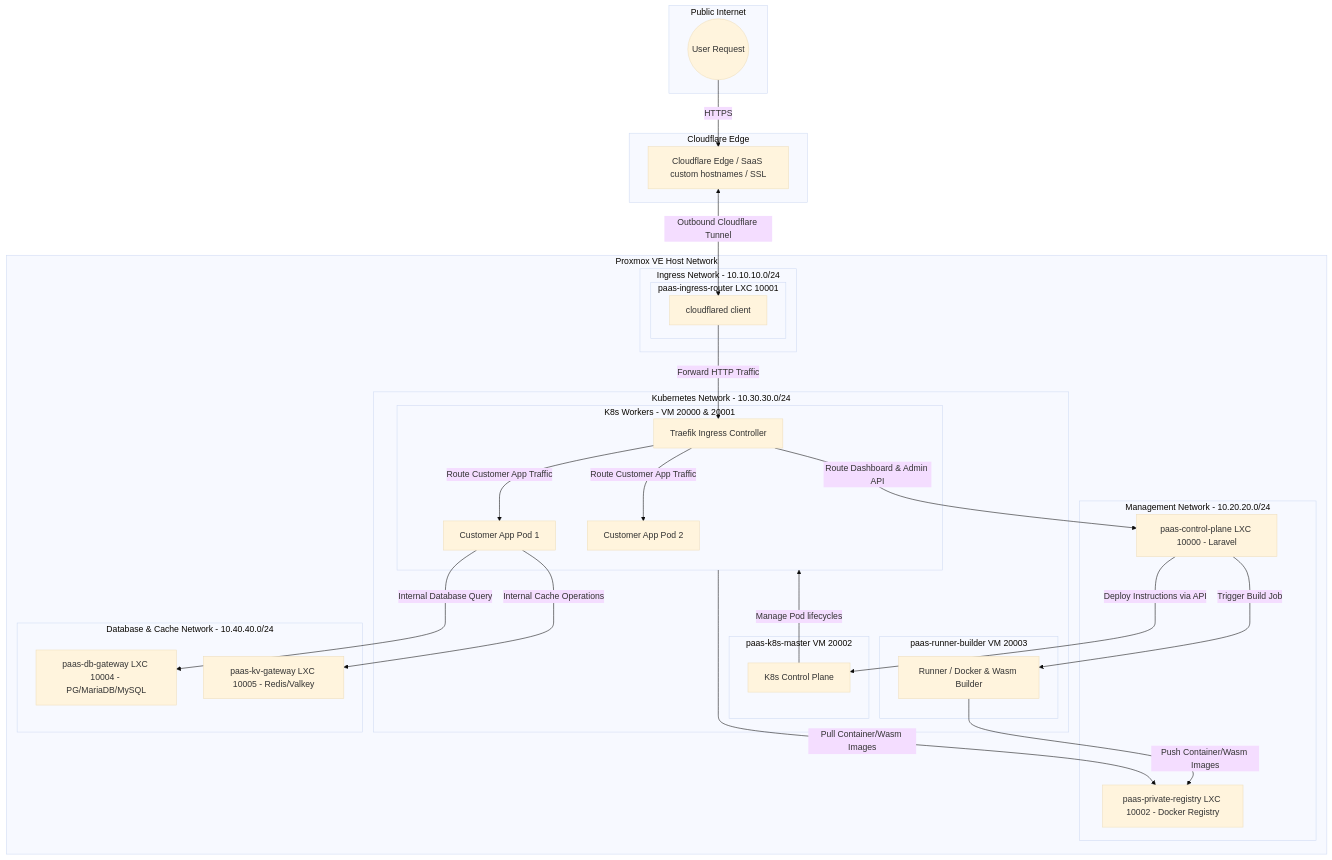
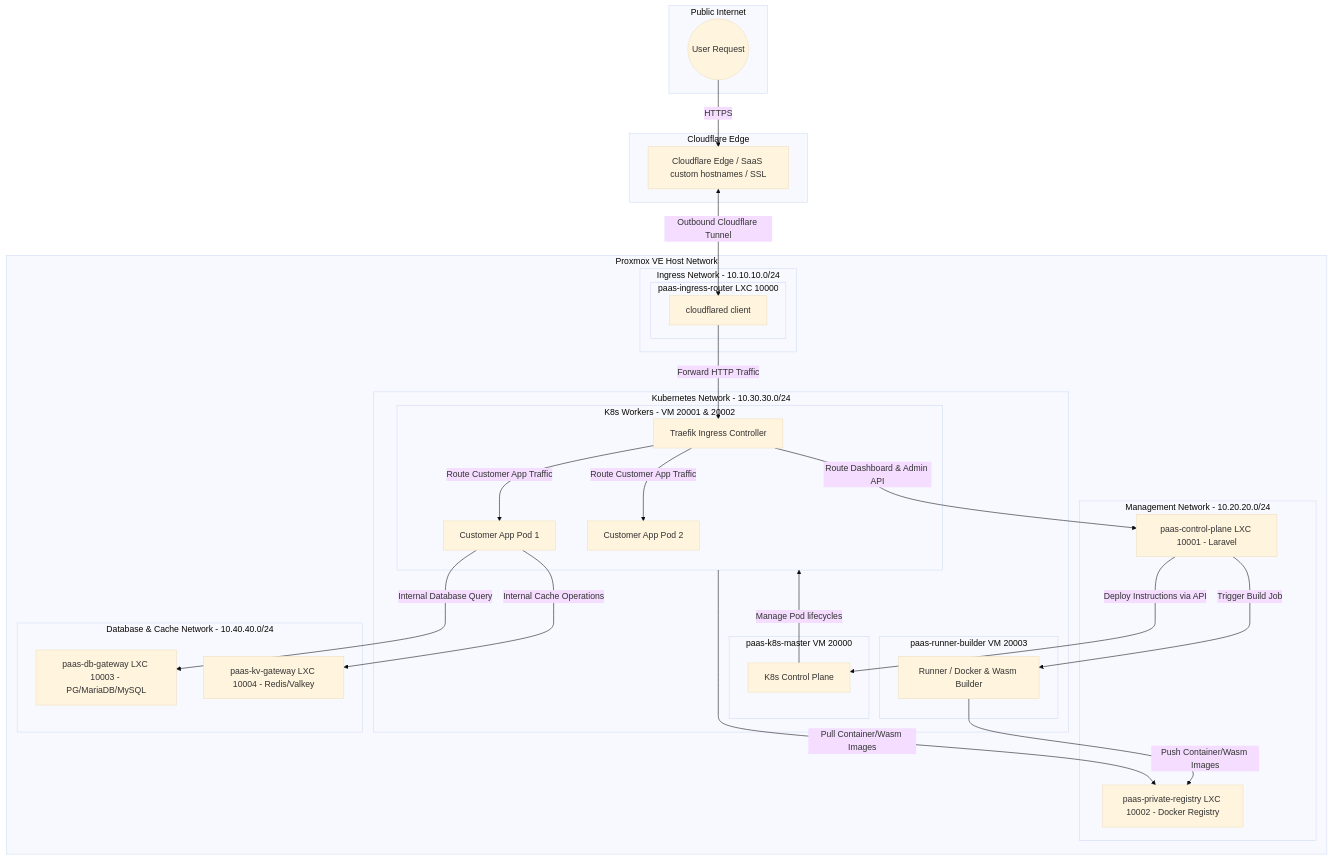
One commit to dyzulk/dyzulk-cloud changed the first of 2 diagrams in network_k8s_architecture.md. Above: the diagram before and after it, drawn with Mermaid (base theme). The commit also changed other lines of this file and 1 other file, not shown here.

Commit message:
docs: correct VM and LXC ID sequences in architecture and implementation guide

````diff
--- a/network_k8s_architecture.md
+++ b/network_k8s_architecture.md
@@ -64,63 +64,63 @@
 ```mermaid
 graph TD
     subgraph Public_Internet [Public Internet]
         User((User Request))
     end
 
     subgraph Cloudflare_Network [Cloudflare Edge]
         CF_Edge[Cloudflare Edge / SaaS custom hostnames / SSL]
     end
 
     subgraph Proxmox_Cluster [Proxmox VE Host Network]
         
         subgraph Ingress_Subnet [Ingress Network - 10.10.10.0/24]
-            subgraph Ingress_LXC [paas-ingress-router LXC 10001]
+            subgraph Ingress_LXC [paas-ingress-router LXC 10000]
                 CFTunnel[cloudflared client]
             end
         end
 
         subgraph K8s_Subnet [Kubernetes Network - 10.30.30.0/24]
-            subgraph Master_VM [paas-k8s-master VM 20002]
+            subgraph Master_VM [paas-k8s-master VM 20000]
                 K8s_API[K8s Control Plane]
             end
             subgraph Builder_VM [paas-runner-builder VM 20003]
                 Builder[Runner / Docker & Wasm Builder]
             end
-            subgraph Worker_VMs [K8s Workers - VM 20000 & 20001]
+            subgraph Worker_VMs [K8s Workers - VM 20001 & 20002]
                 Traefik[Traefik Ingress Controller]
                 Customer_Pod_1[Customer App Pod 1]
                 Customer_Pod_2[Customer App Pod 2]
             end
         end
 
         subgraph Management_Subnet [Management Network - 10.20.20.0/24]
-            ControlPlane[paas-control-plane LXC 10000 - Laravel]
+            ControlPlane[paas-control-plane LXC 10001 - Laravel]
             Registry[paas-private-registry LXC 10002 - Docker Registry]
         end
 
         subgraph Storage_Subnet [Database & Cache Network - 10.40.40.0/24]
-            DB_Node[paas-db-gateway LXC 10004 - PG/MariaDB/MySQL]
-            KV_Node[paas-kv-gateway LXC 10005 - Redis/Valkey]
+            DB_Node[paas-db-gateway LXC 10003 - PG/MariaDB/MySQL]
+            KV_Node[paas-kv-gateway LXC 10004 - Redis/Valkey]
         end
 
     end
 
     %% Traffic Routing Paths
     User -->|HTTPS| CF_Edge
     CF_Edge <-->|Outbound Cloudflare Tunnel| CFTunnel
     CFTunnel -->|Forward HTTP Traffic| Traefik
     
     %% Dynamic Routing inside K8s
     Traefik -->|Route Customer App Traffic| Customer_Pod_1
     Traefik -->|Route Customer App Traffic| Customer_Pod_2
     Traefik -->|Route Dashboard & Admin API| ControlPlane
 
     %% Control Plane Operations
     ControlPlane -->|Deploy Instructions via API| K8s_API
     ControlPlane -->|Trigger Build Job| Builder
     Builder -->|Push Container/Wasm Images| Registry
     K8s_API -->|Manage Pod lifecycles| Worker_VMs
     Worker_VMs -->|Pull Container/Wasm Images| Registry
     Customer_Pod_1 -->|Internal Database Query| DB_Node
     Customer_Pod_1 -->|Internal Cache Operations| KV_Node
 ```
````
